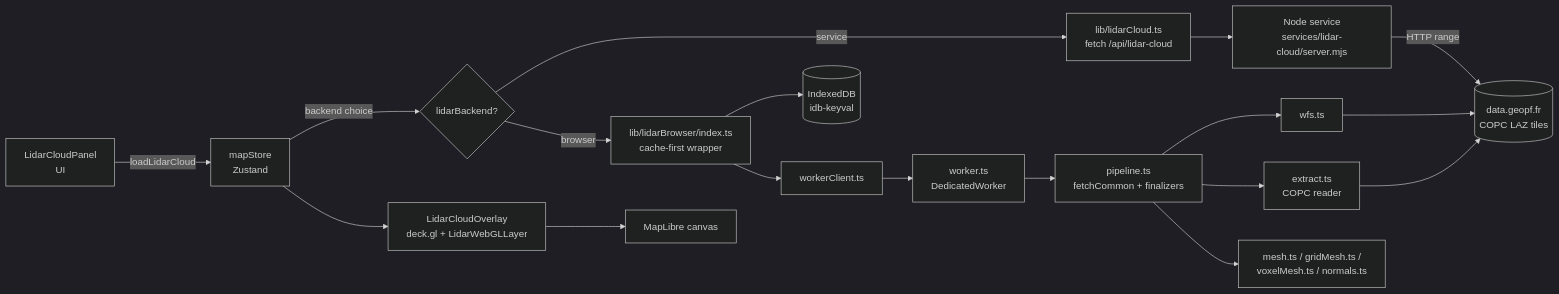
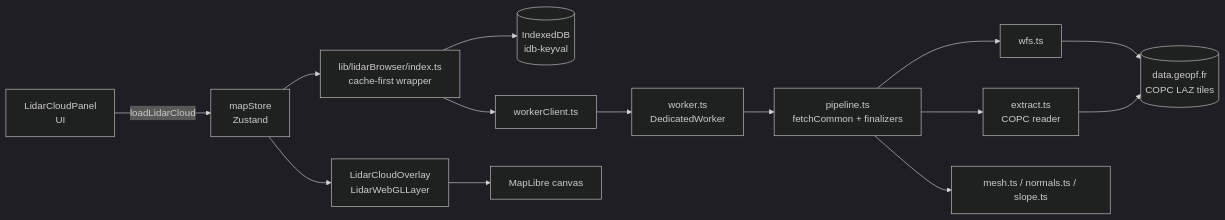
Before and after one commit to Plonk42/open-cairn: the first of 8 diagrams in docs/LIDAR_PIPELINE.md, drawn with Mermaid (dark theme). The commit also changed other lines of this file and 19 other files, not shown here.

First line of the commit message:
refactor(lidar): simplify to browser-only pipeline with shaded/mixed modes

````diff
--- a/docs/LIDAR_PIPELINE.md
+++ b/docs/LIDAR_PIPELINE.md
@@ -23,20 +22,16 @@
 ```mermaid
 flowchart LR
     UI[LidarCloudPanel<br/>UI] -->|loadLidarCloud| Store[mapStore<br/>Zustand]
-    Store -->|backend choice| BR{lidarBackend?}
-    BR -->|service| SVC[lib/lidarCloud.ts<br/>fetch /api/lidar-cloud]
-    BR -->|browser| IDX[lib/lidarBrowser/index.ts<br/>cache-first wrapper]
-    SVC --> NODE[Node service<br/>services/lidar-cloud/server.mjs]
-    NODE -->|HTTP range| IGN[(data.geopf.fr<br/>COPC LAZ tiles)]
+    Store --> IDX[lib/lidarBrowser/index.ts<br/>cache-first wrapper]
     IDX --> CACHE[(IndexedDB<br/>idb-keyval)]
     IDX --> WC[workerClient.ts]
     WC --> WK[worker.ts<br/>DedicatedWorker]
     WK --> PIPE[pipeline.ts<br/>fetchCommon + finalizers]
     PIPE --> WFS[wfs.ts]
     PIPE --> EXT[extract.ts<br/>COPC reader]
-    WFS --> IGN
+    WFS --> IGN[(data.geopf.fr<br/>COPC LAZ tiles)]
     EXT --> IGN
-    PIPE --> FIN[mesh.ts / gridMesh.ts /<br/>voxelMesh.ts / normals.ts]
-    Store --> OV[LidarCloudOverlay<br/>deck.gl + LidarWebGLLayer]
+    PIPE --> FIN[mesh.ts / normals.ts / slope.ts]
+    Store --> OV[LidarCloudOverlay<br/>LidarWebGLLayer]
     OV --> MAP[MapLibre canvas]
 ```
````
